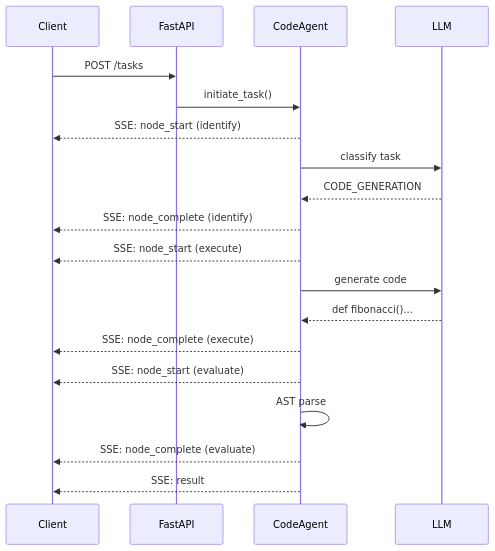
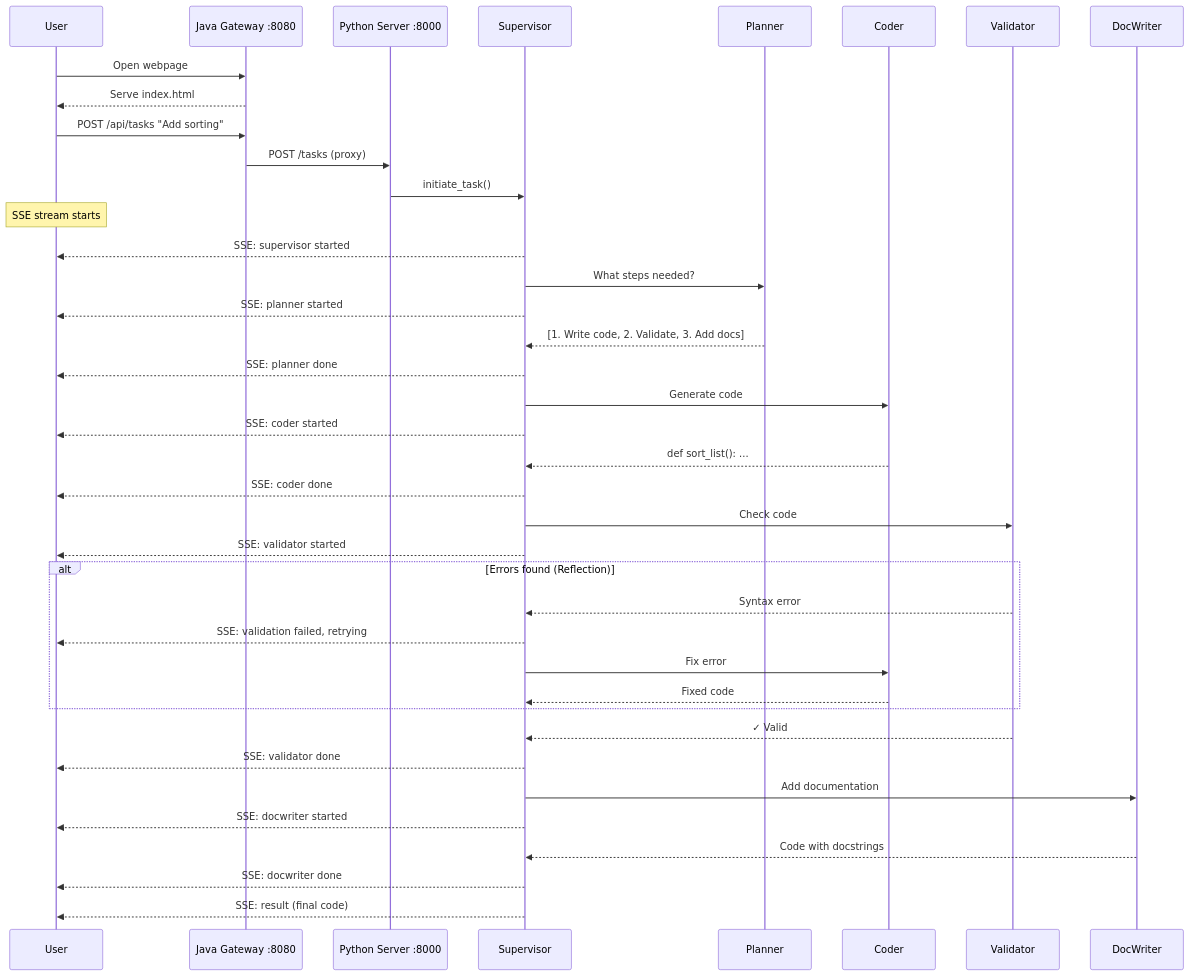
Before and after one commit to aregmii/langgraph-agentic-dev-starter: the diagram in README.md, drawn with Mermaid. The commit also changed other lines of this file and 4 other files, not shown here.

Commit message:
refactor: Move web-ui to separate module, update architecture docs

````diff
--- a/README.md
+++ b/README.md
@@ -15,26 +22,53 @@
 ```mermaid
 sequenceDiagram
-    participant Client
-    participant FastAPI
-    participant CodeAgent
-    participant LLM
+    participant User
+    participant Java as Java Gateway :8080
+    participant Python as Python Server :8000
+    participant Supervisor
+    participant Planner
+    participant Coder
+    participant Validator
+    participant DocWriter
 
-    Client->>FastAPI: POST /tasks
-    FastAPI->>CodeAgent: initiate_task()
+    User->>Java: Open webpage
+    Java-->>User: Serve index.html
 
-    CodeAgent-->>Client: SSE: node_start (identify)
-    CodeAgent->>LLM: classify task
-    LLM-->>CodeAgent: CODE_GENERATION
-    CodeAgent-->>Client: SSE: node_complete (identify)
+    User->>Java: POST /api/tasks "Add sorting"
+    Java->>Python: POST /tasks (proxy)
 
-    CodeAgent-->>Client: SSE: node_start (execute)
-    CodeAgent->>LLM: generate code
-    LLM-->>CodeAgent: def fibonacci()...
-    CodeAgent-->>Client: SSE: node_complete (execute)
+    Python->>Supervisor: initiate_task()
 
-    CodeAgent-->>Client: SSE: node_start (evaluate)
-    CodeAgent->>CodeAgent: AST parse
-    CodeAgent-->>Client: SSE: node_complete (evaluate)
+    Note over User: SSE stream starts
 
-    CodeAgent-->>Client: SSE: result
+    Supervisor-->>User: SSE: supervisor started
+
+    Supervisor->>Planner: What steps needed?
+    Supervisor-->>User: SSE: planner started
+    Planner-->>Supervisor: [1. Write code, 2. Validate, 3. Add docs]
+    Supervisor-->>User: SSE: planner done
+
+    Supervisor->>Coder: Generate code
+    Supervisor-->>User: SSE: coder started
+    Coder-->>Supervisor: def sort_list(): ...
+    Supervisor-->>User: SSE: coder done
+
+    Supervisor->>Validator: Check code
+    Supervisor-->>User: SSE: validator started
+
+    alt Errors found (Reflection)
+        Validator-->>Supervisor: Syntax error
+        Supervisor-->>User: SSE: validation failed, retrying
+        Supervisor->>Coder: Fix error
+        Coder-->>Supervisor: Fixed code
+    end
+
+    Validator-->>Supervisor: ✓ Valid
+    Supervisor-->>User: SSE: validator done
+
+    Supervisor->>DocWriter: Add documentation
+    Supervisor-->>User: SSE: docwriter started
+    DocWriter-->>Supervisor: Code with docstrings
+    Supervisor-->>User: SSE: docwriter done
+
+    Supervisor-->>User: SSE: result (final code)
 ```
````
